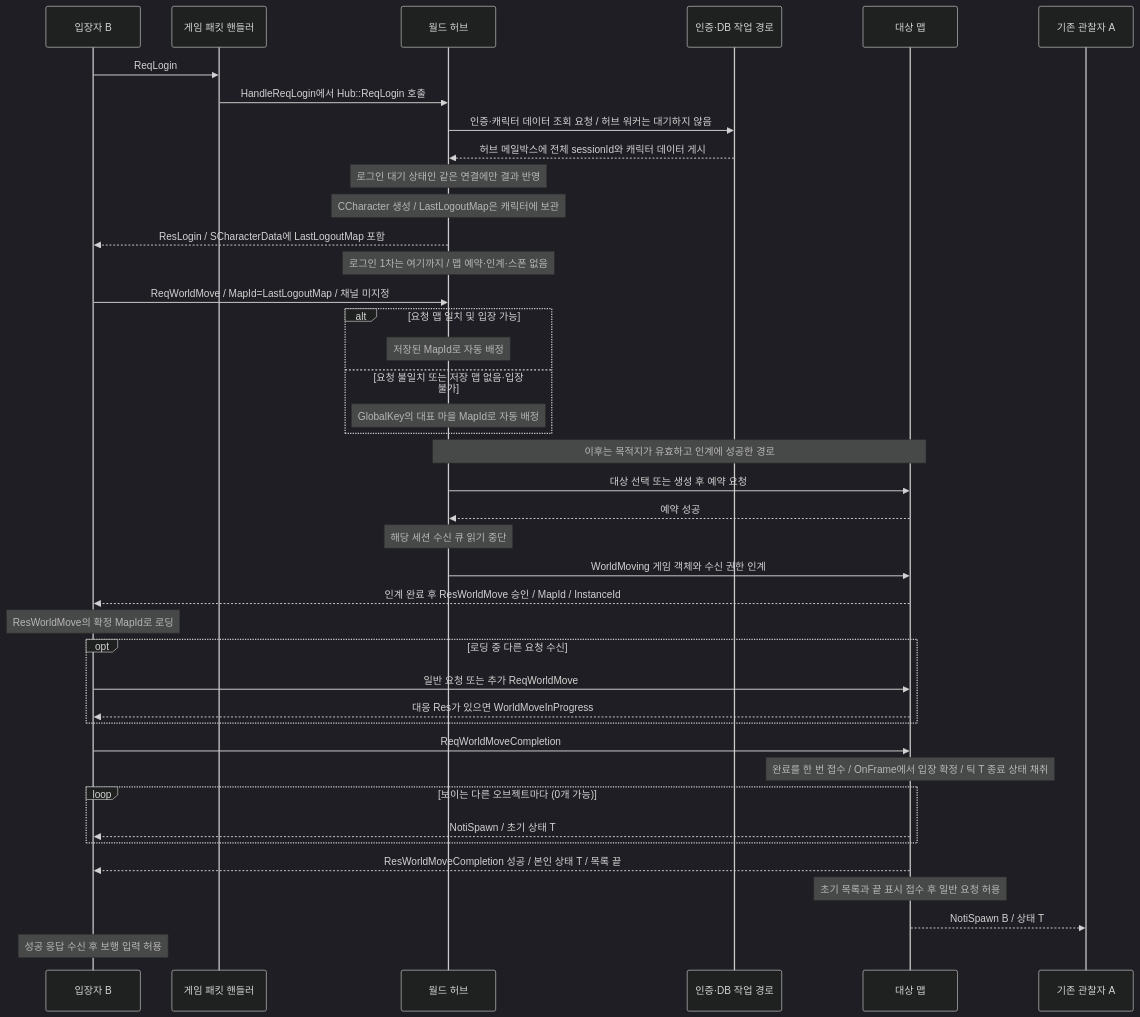
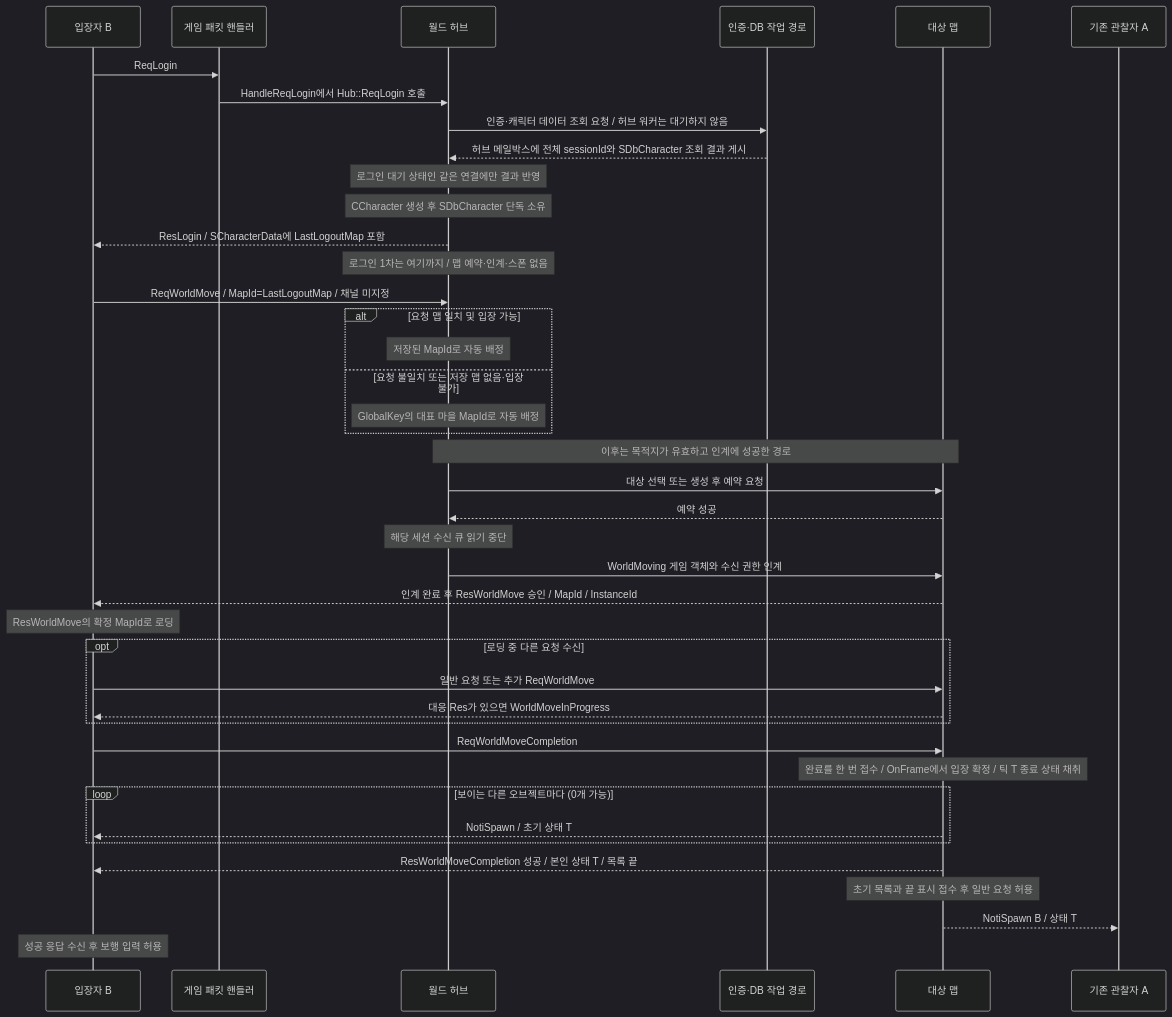
The diagram in 13_MMO_Project/Docs/Plan/Server/014_월드_이동과_초기_동기화.md (MyungHyun-Ahn/Portfolio), drawn with Mermaid (dark theme) before and after one commit. The commit also changed other lines of this file and 3 other files, not shown here.

````diff
--- a/13_MMO_Project/Docs/Plan/Server/014_월드_이동과_초기_동기화.md
+++ b/13_MMO_Project/Docs/Plan/Server/014_월드_이동과_초기_동기화.md
@@ -37,43 +38,43 @@
 ```mermaid
 sequenceDiagram
     participant B as 입장자 B
     participant P as 게임 패킷 핸들러
     participant H as 월드 허브
     participant D as 인증·DB 작업 경로
     participant M as 대상 맵
     participant A as 기존 관찰자 A
     B->>P: ReqLogin
     P->>H: HandleReqLogin에서 Hub::ReqLogin 호출
     H->>D: 인증·캐릭터 데이터 조회 요청 / 허브 워커는 대기하지 않음
-    D-->>H: 허브 메일박스에 전체 sessionId와 캐릭터 데이터 게시
+    D-->>H: 허브 메일박스에 전체 sessionId와 SDbCharacter 조회 결과 게시
     Note over H: 로그인 대기 상태인 같은 연결에만 결과 반영
-    Note over H: CCharacter 생성 / LastLogoutMap은 캐릭터에 보관
+    Note over H: CCharacter 생성 후 SDbCharacter 단독 소유
     H-->>B: ResLogin / SCharacterData에 LastLogoutMap 포함
     Note over H: 로그인 1차는 여기까지 / 맵 예약·인계·스폰 없음
     B->>H: ReqWorldMove / MapId=LastLogoutMap / 채널 미지정
     alt 요청 맵 일치 및 입장 가능
         Note over H: 저장된 MapId로 자동 배정
     else 요청 불일치 또는 저장 맵 없음·입장 불가
         Note over H: GlobalKey의 대표 마을 MapId로 자동 배정
     end
     Note over H,M: 이후는 목적지가 유효하고 인계에 성공한 경로
     H->>M: 대상 선택 또는 생성 후 예약 요청
     M-->>H: 예약 성공
     Note over H: 해당 세션 수신 큐 읽기 중단
     H->>M: WorldMoving 게임 객체와 수신 권한 인계
     M-->>B: 인계 완료 후 ResWorldMove 승인 / MapId / InstanceId
     Note over B: ResWorldMove의 확정 MapId로 로딩
     opt 로딩 중 다른 요청 수신
         B->>M: 일반 요청 또는 추가 ReqWorldMove
         M-->>B: 대응 Res가 있으면 WorldMoveInProgress
     end
     B->>M: ReqWorldMoveCompletion
     Note over M: 완료를 한 번 접수 / OnFrame에서 입장 확정 / 틱 T 종료 상태 채취
     loop 보이는 다른 오브젝트마다 (0개 가능)
         M-->>B: NotiSpawn / 초기 상태 T
     end
     M-->>B: ResWorldMoveCompletion 성공 / 본인 상태 T / 목록 끝
     Note over M: 초기 목록과 끝 표시 접수 후 일반 요청 허용
     M-->>A: NotiSpawn B / 상태 T
     Note over B: 성공 응답 수신 후 보행 입력 허용
 ```
````
